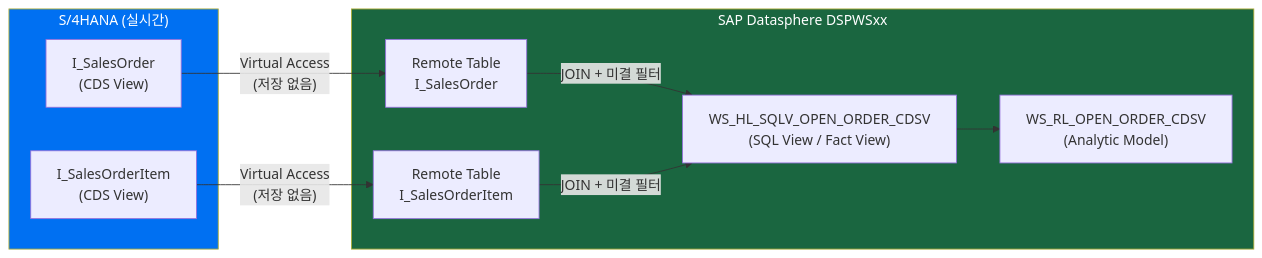
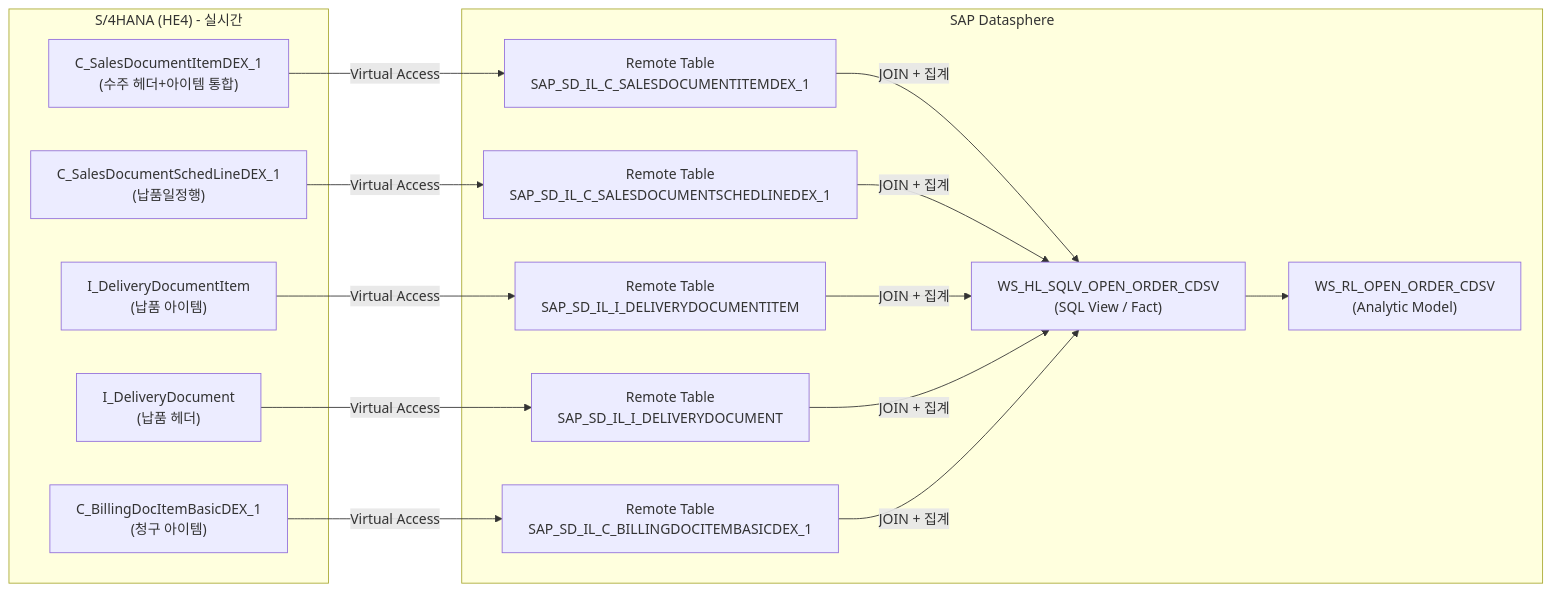
The fourth of 4 diagrams in labs/lab4b-cdsv-fact-view-am.md (youngseols925/sap-datasphere-bdc-workshop), drawn with Mermaid before and after one commit. The commit also changed other lines of this file and 2 other files, not shown here.

````diff
--- a/labs/lab4b-cdsv-fact-view-am.md
+++ b/labs/lab4b-cdsv-fact-view-am.md
@@ -284,22 +371,29 @@
 ```mermaid
 flowchart LR
-    subgraph SRC["S/4HANA (실시간)"]
-        CDS_H["I_SalesOrder\n(CDS View)"]
-        CDS_I["I_SalesOrderItem\n(CDS View)"]
+    subgraph S4H["S/4HANA (HE4) - 실시간"]
+        CDS1["C_SalesDocumentItemDEX_1\n(수주 헤더+아이템 통합)"]
+        CDS2["C_SalesDocumentSchedLineDEX_1\n(납품일정행)"]
+        CDS3["I_DeliveryDocumentItem\n(납품 아이템)"]
+        CDS4["I_DeliveryDocument\n(납품 헤더)"]
+        CDS5["C_BillingDocItemBasicDEX_1\n(청구 아이템)"]
     end
 
-    subgraph DSP["SAP Datasphere DSPWSxx"]
-        RT_H["Remote Table\nI_SalesOrder"]
-        RT_I["Remote Table\nI_SalesOrderItem"]
-        FV["WS_HL_SQLV_OPEN_ORDER_CDSV\n(SQL View / Fact View)"]
+    subgraph DSP["SAP Datasphere"]
+        RT1["Remote Table\nSAP_SD_IL_C_SALESDOCUMENTITEMDEX_1"]
+        RT2["Remote Table\nSAP_SD_IL_C_SALESDOCUMENTSCHEDLINEDEX_1"]
+        RT3["Remote Table\nSAP_SD_IL_I_DELIVERYDOCUMENTITEM"]
+        RT4["Remote Table\nSAP_SD_IL_I_DELIVERYDOCUMENT"]
+        RT5["Remote Table\nSAP_SD_IL_C_BILLINGDOCITEMBASICDEX_1"]
+        FV["WS_HL_SQLV_OPEN_ORDER_CDSV\n(SQL View / Fact)"]
         AM["WS_RL_OPEN_ORDER_CDSV\n(Analytic Model)"]
     end
 
-    CDS_H -->|"Virtual Access\n(저장 없음)"| RT_H
-    CDS_I -->|"Virtual Access\n(저장 없음)"| RT_I
-    RT_H & RT_I -->|"JOIN + 미결 필터"| FV
+    CDS1 -->|"Virtual Access"| RT1
+    CDS2 -->|"Virtual Access"| RT2
+    CDS3 -->|"Virtual Access"| RT3
+    CDS4 -->|"Virtual Access"| RT4
+    CDS5 -->|"Virtual Access"| RT5
+
+    RT1 & RT2 & RT3 & RT4 & RT5 -->|"JOIN + 집계"| FV
     FV --> AM
-
-    style SRC fill:#0070F2,color:#fff
-    style DSP fill:#1A6640,color:#fff
 ```
````
